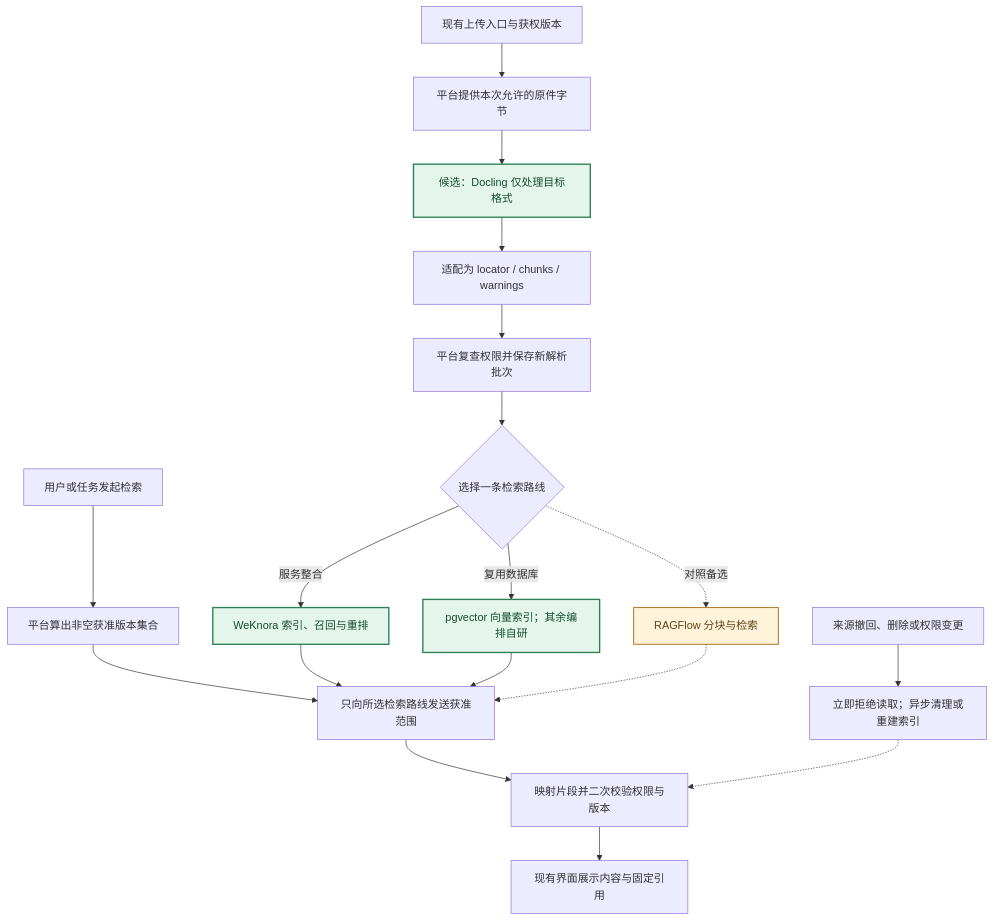
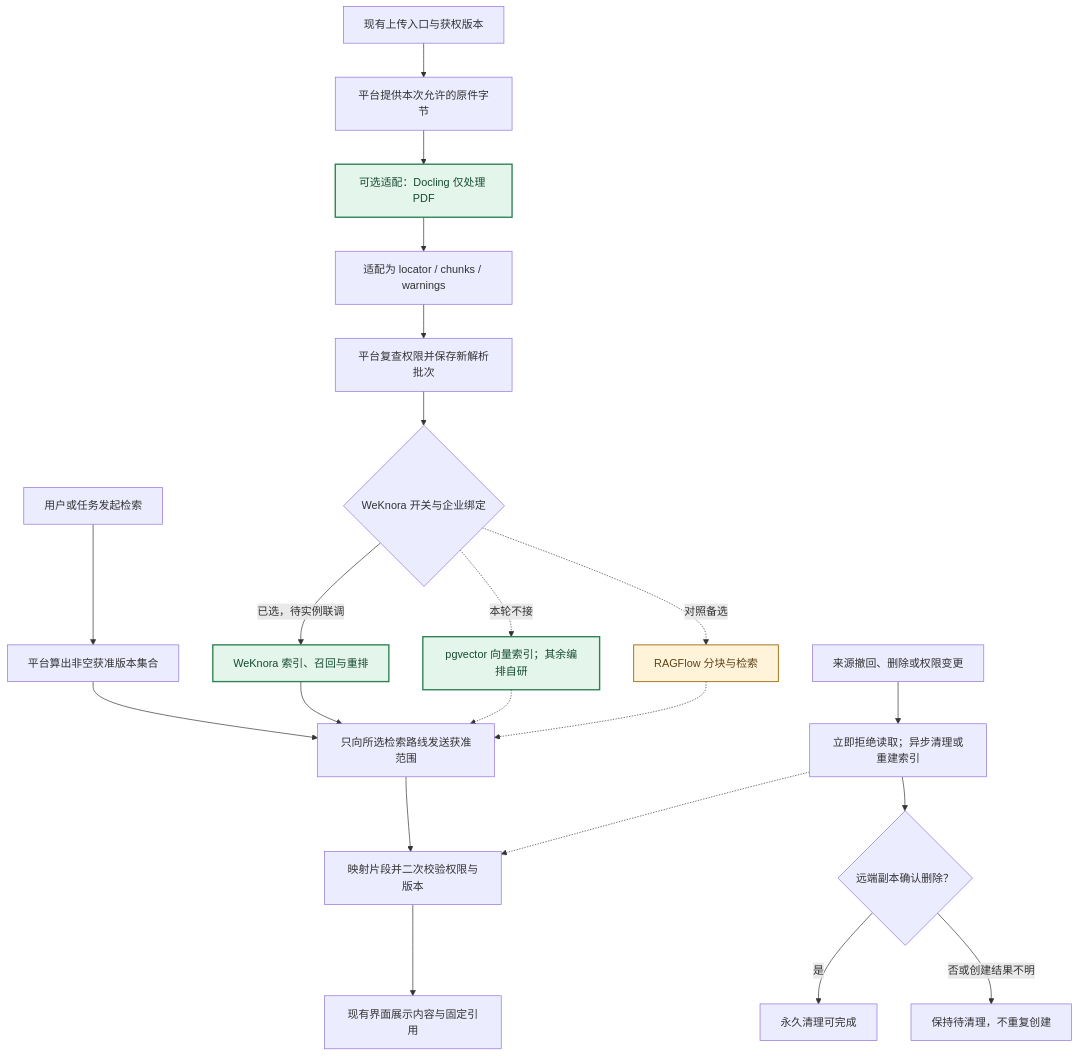
Before and after one commit to luofanghao9784/mengine-app: the diagram in docs/项目流程图/diagrams/O02.mmd, drawn with Mermaid. The commit also changed 72 other files, not shown here.

Commit message:
feat: add scoped WeKnora retrieval and optional first-batch adapters

```diff
--- a/docs/项目流程图/diagrams/O02.mmd
+++ b/docs/项目流程图/diagrams/O02.mmd
@@ -1,21 +1,24 @@
 flowchart TD
   upload["现有上传入口与获权版本"] --> input["平台提供本次允许的原件字节"]
-  input --> parse["候选：Docling 仅处理目标格式"]:::ossPriority
+  input --> parse["可选适配：Docling 仅处理 PDF"]:::ossPriority
   parse --> adapt["适配为 locator / chunks / warnings"]
   adapt --> commit["平台复查权限并保存新解析批次"]
-  commit --> choose{"选择一条检索路线"}
-  choose -->|"服务整合"| weknora["WeKnora 索引、召回与重排"]:::ossPriority
-  choose -->|"复用数据库"| vector["pgvector 向量索引；其余编排自研"]:::ossPriority
+  commit --> choose{"WeKnora 开关与企业绑定"}
+  choose -->|"已选，待实例联调"| weknora["WeKnora 索引、召回与重排"]:::ossPriority
+  choose -.->|"本轮不接"| vector["pgvector 向量索引；其余编排自研"]:::ossPriority
   choose -.->|"对照备选"| rag["RAGFlow 分块与检索"]:::ossConditional
   query["用户或任务发起检索"] --> scope["平台算出非空获准版本集合"]
   scope --> retrieval["只向所选检索路线发送获准范围"]
   weknora --> retrieval
-  vector --> retrieval
+  vector -.-> retrieval
   rag -.-> retrieval
   retrieval --> check["映射片段并二次校验权限与版本"]
   check --> result["现有界面展示内容与固定引用"]
   revoke["来源撤回、删除或权限变更"] --> deny["立即拒绝读取；异步清理或重建索引"]
   deny -.-> check
+  deny --> cleanup{"远端副本确认删除？"}
+  cleanup -->|"是"| done["永久清理可完成"]
+  cleanup -->|"否或创建结果不明"| pending["保持待清理，不重复创建"]
   classDef ossPriority fill:#e4f6eb,stroke:#2e8052,color:#154b30,stroke-width:2px
   classDef ossConditional fill:#fff3d9,stroke:#ac7b27,color:#604417,stroke-width:1.5px
   classDef ossExisting fill:#f0eaff,stroke:#8063ad,color:#4a3672,stroke-width:2px
```
